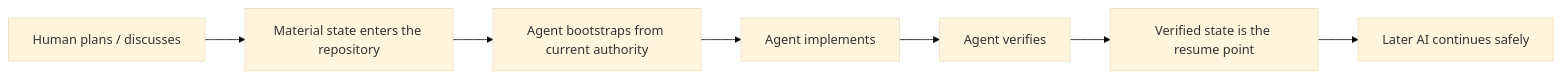
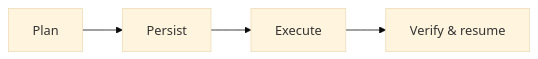
One commit to jaabster-dev/u-gas changed the diagram in README.md. Above: the diagram before and after it, drawn with Mermaid (base theme). The commit also changed other lines of this file and 1 other file, not shown here.

Commit message:
Polish README human navigation

````diff
--- a/README.md
+++ b/README.md
@@ -17,9 +23,6 @@
 ```mermaid
 flowchart LR
-    A[Human plans / discusses] --> B[Material state enters the repository]
-    B --> C[Agent bootstraps from current authority]
-    C --> D[Agent implements]
-    D --> E[Agent verifies]
-    E --> F[Verified state is the resume point]
-    F --> G[Later AI continues safely]
+    A[Plan] --> B[Persist]
+    B --> C[Execute]
+    C --> D[Verify & resume]
 ```
````
